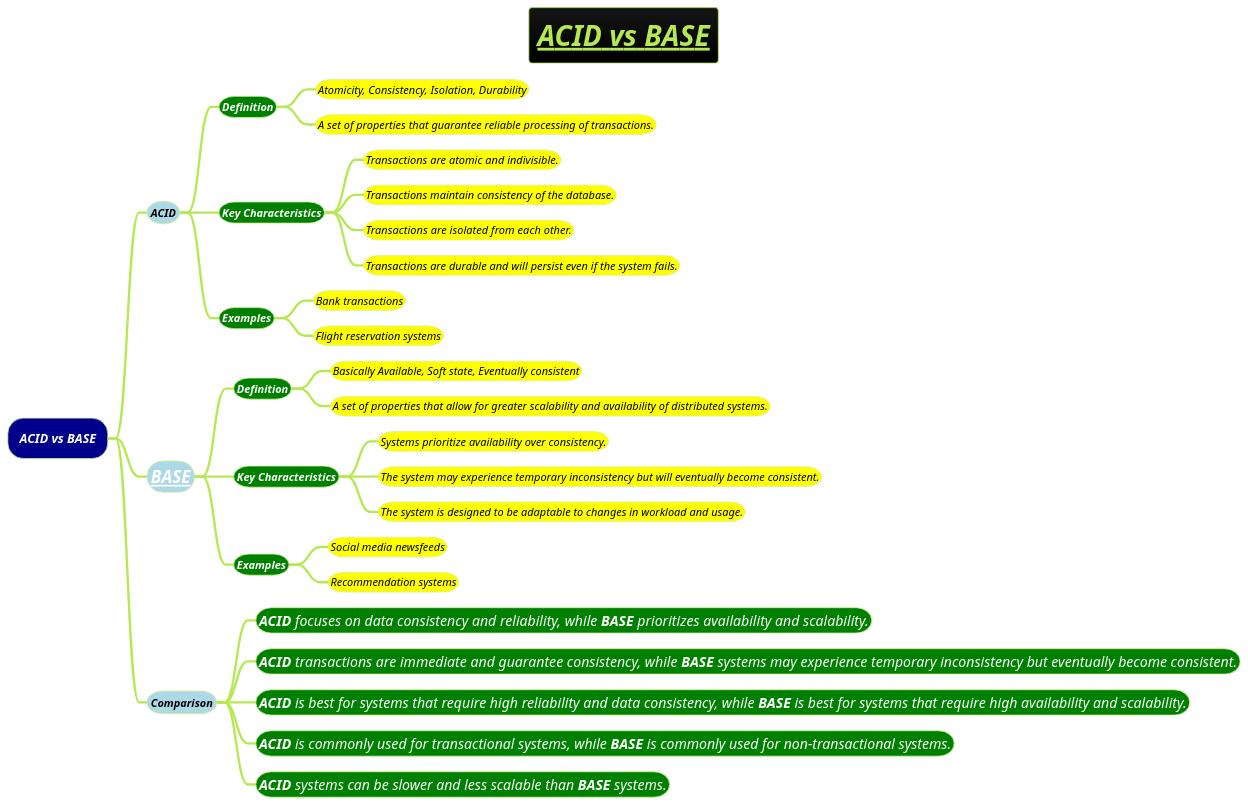
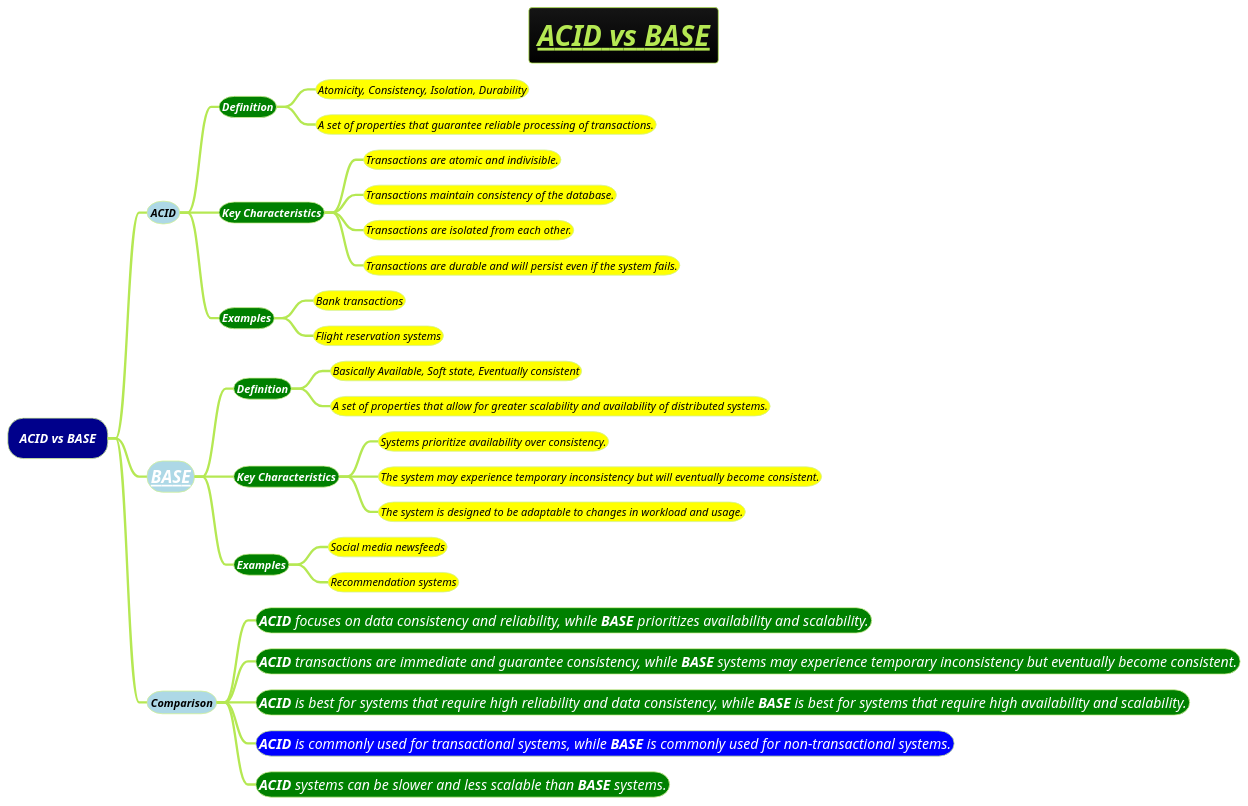
The diagram in docs/books/1-books-backlog/DBMS/ACID-vs-BASE.puml (MehmoodHashmi/Documentation-as-Code-DaC), drawn with PlantUML before and after one commit. The commit also changed 7 other files, not shown here.

```diff
--- a/docs/books/1-books-backlog/DBMS/ACID-vs-BASE.puml
+++ b/docs/books/1-books-backlog/DBMS/ACID-vs-BASE.puml
@@ -1,35 +1,35 @@
 @startmindmap
 title = <b><i><u>ACID vs BASE
 !theme hacker
 
 *[#darkblue] <i><color #white>ACID vs BASE
 **[#lightblue] <i><size:14><color #black>ACID
 ***[#green] <b><i><size:14><color #white>Definition
 ****[#yellow] <i><size:14><color #black>Atomicity, Consistency, Isolation, Durability
 ****[#yellow] <i><size:14><color #black>A set of properties that guarantee reliable processing of transactions.
 ***[#green] <b><i><size:14><color #white>Key Characteristics
 ****[#yellow] <i><size:14><color #black>Transactions are atomic and indivisible.
 ****[#yellow] <i><size:14><color #black>Transactions maintain consistency of the database.
 ****[#yellow] <i><size:14><color #black>Transactions are isolated from each other.
 ****[#yellow] <i><size:14><color #black>Transactions are durable and will persist even if the system fails.
 ***[#green] <b><i><size:14><color #white>Examples
 ****[#yellow] <i><size:14><color #black>Bank transactions
 ****[#yellow] <i><size:14><color #black>Flight reservation systems
 **[#lightblue] <i><size:22><color #black>[[docs/books/1-books-backlog/DBMS/BASE.puml BASE]]
 ***[#green] <b><i><size:14><color #white>Definition
 ****[#yellow] <i><size:14><color #black>Basically Available, Soft state, Eventually consistent
 ****[#yellow] <i><size:14><color #black>A set of properties that allow for greater scalability and availability of distributed systems.
 ***[#green] <b><i><size:14><color #white>Key Characteristics
 ****[#yellow] <i><size:14><color #black>Systems prioritize availability over consistency.
 ****[#yellow] <i><size:14><color #black>The system may experience temporary inconsistency but will eventually become consistent.
 ****[#yellow] <i><size:14><color #black>The system is designed to be adaptable to changes in workload and usage.
 ***[#green] <b><i><size:14><color #white>Examples
 ****[#yellow] <i><size:14><color #black>Social media newsfeeds
 ****[#yellow] <i><size:14><color #black>Recommendation systems
 **[#lightblue] <i><size:14><color #black>Comparison
 ***[#green] <i><size:18><color #white>**ACID** focuses on data consistency and reliability, while **BASE** prioritizes availability and scalability.
 ***[#green] <i><size:18><color #white>**ACID** transactions are immediate and guarantee consistency, while **BASE** systems may experience temporary inconsistency but eventually become consistent.
 ***[#green] <i><size:18><color #white>**ACID** is best for systems that require high reliability and data consistency, while **BASE** is best for systems that require high availability and scalability.
-***[#green] <i><size:18><color #white>**ACID** is commonly used for transactional systems, while **BASE** is commonly used for non-transactional systems.
+***[#blue] <i><size:18><color #white>**ACID** is commonly used for transactional systems, while **BASE** is commonly used for non-transactional systems.
 ***[#green] <i><size:18><color #white>**ACID** systems can be slower and less scalable than **BASE** systems.
 @endmindmap
```
